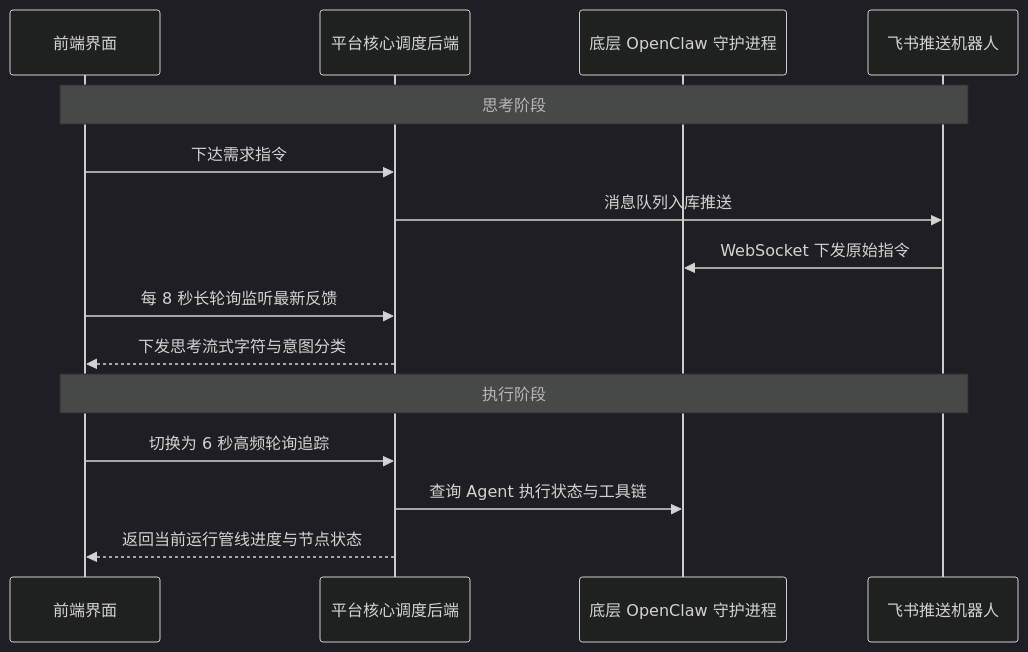
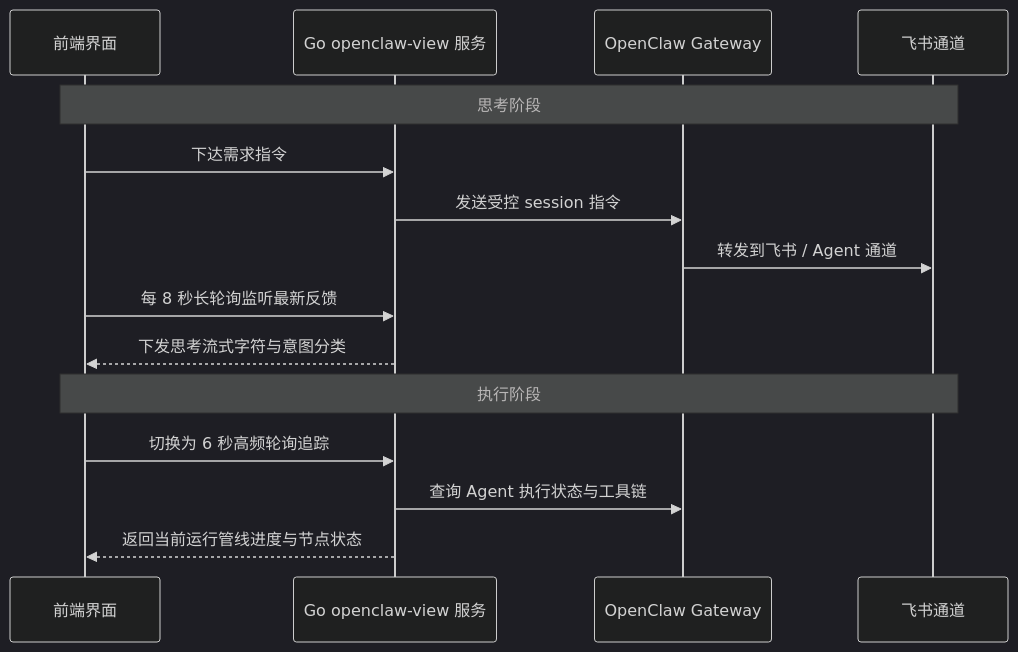
The third of 3 diagrams in EDU_Frontend/src/docs/architecture/底层技术生态.md (sospink/ai-edu-agent), drawn with Mermaid (dark theme) before and after one commit. The commit also changed other lines of this file and 147 other files, not shown here.

````diff
--- a/EDU_Frontend/src/docs/architecture/底层技术生态.md
+++ b/EDU_Frontend/src/docs/architecture/底层技术生态.md
@@ -163,19 +163,19 @@
 ```mermaid
 sequenceDiagram
     participant FE as 前端界面
-    participant BE as 平台核心调度后端
-    participant OC as 底层 OpenClaw 守护进程
-    participant FS as 飞书推送机器人
+    participant BE as Go openclaw-view 服务
+    participant GW as OpenClaw Gateway
+    participant FS as 飞书通道
 
     Note over FE, FS: 思考阶段
     FE->>BE: 下达需求指令
-    BE->>FS: 消息队列入库推送
-    FS->>OC: WebSocket 下发原始指令
+    BE->>GW: 发送受控 session 指令
+    GW->>FS: 转发到飞书 / Agent 通道
     FE->>BE: 每 8 秒长轮询监听最新反馈
     BE-->>FE: 下发思考流式字符与意图分类
 
     Note over FE, FS: 执行阶段
     FE->>BE: 切换为 6 秒高频轮询追踪
-    BE->>OC: 查询 Agent 执行状态与工具链
+    BE->>GW: 查询 Agent 执行状态与工具链
     BE-->>FE: 返回当前运行管线进度与节点状态
 ```
````
